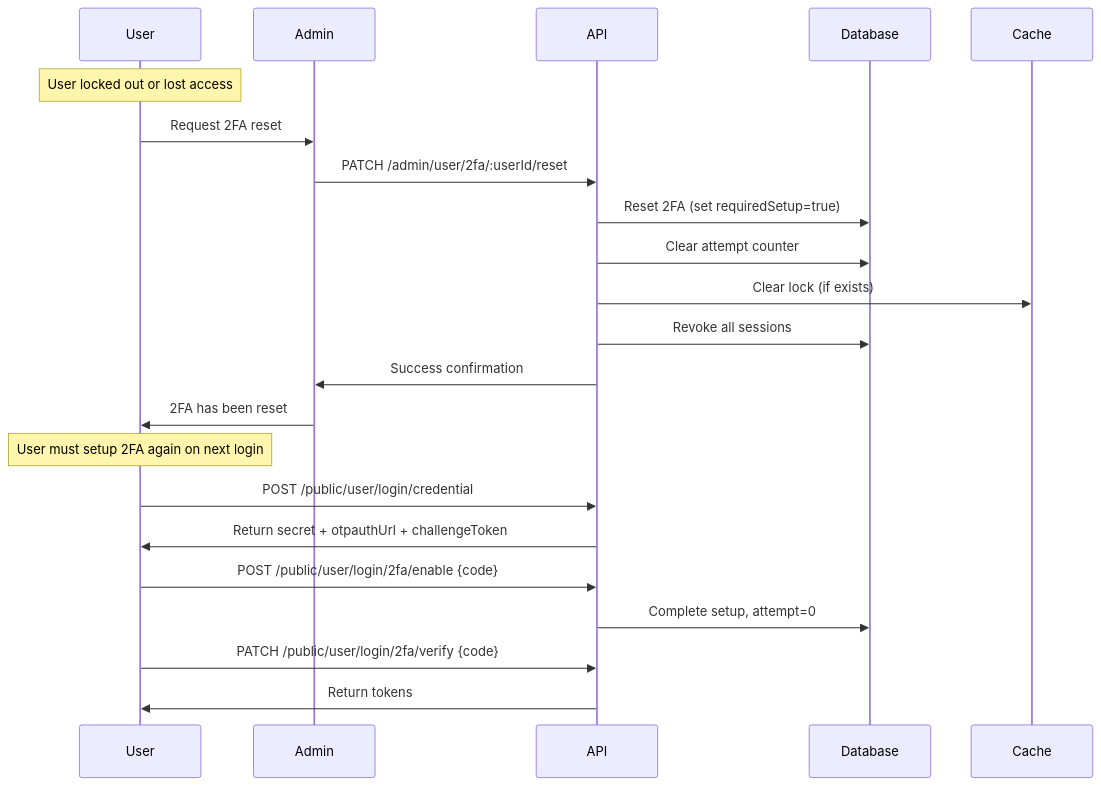
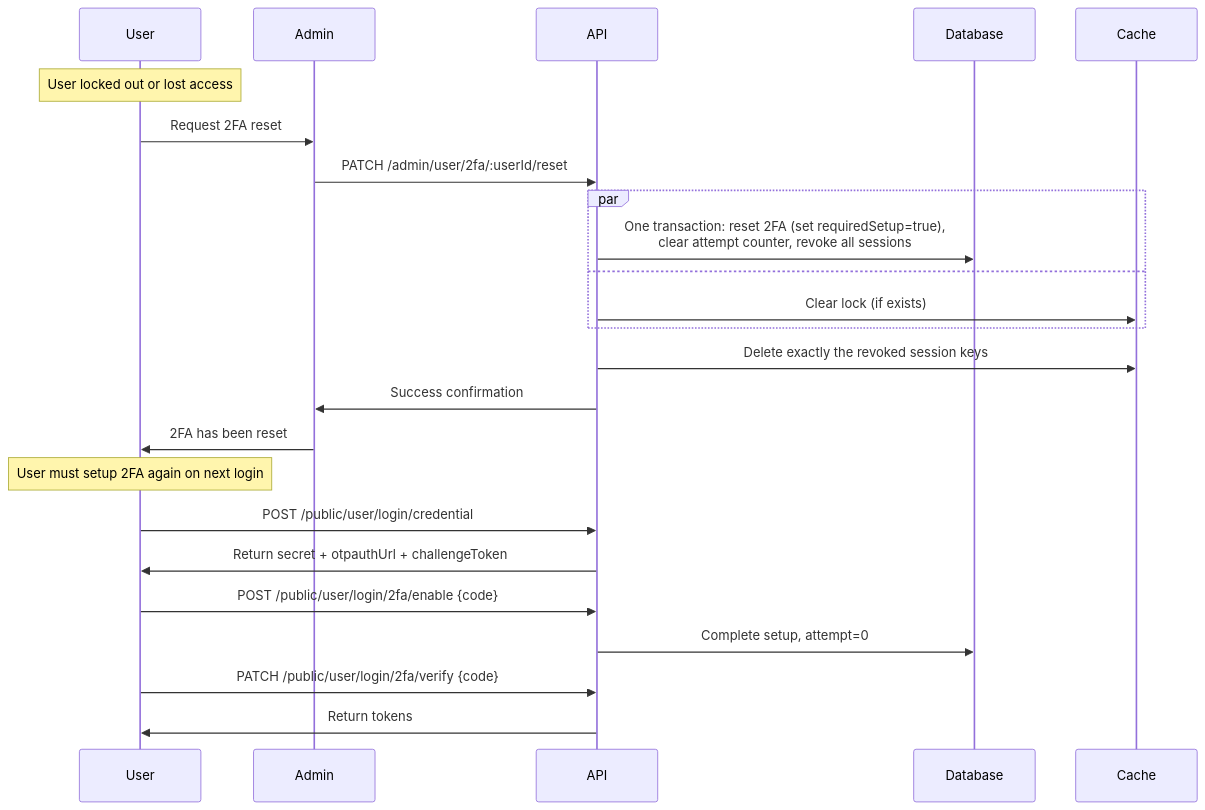
The sixth of 9 diagrams in docs/two-factor.md (andrechristikan/ack-nestjs-boilerplate), drawn with Mermaid before and after one commit. The commit also changed other lines of this file and 1013 other files, not shown here.

````diff
--- a/docs/two-factor.md
+++ b/docs/two-factor.md
@@ -361,28 +378,30 @@
 ```mermaid
 sequenceDiagram
     participant User
     participant Admin
     participant API
     participant Database
     participant Cache
 
     Note over User: User locked out or lost access
     User->>Admin: Request 2FA reset
     
     Admin->>API: PATCH /admin/user/2fa/:userId/reset
-    API->>Database: Reset 2FA (set requiredSetup=true)
-    API->>Database: Clear attempt counter
-    API->>Cache: Clear lock (if exists)
-    API->>Database: Revoke all sessions
+    par
+        API->>Database: One transaction: reset 2FA (set requiredSetup=true),<br/>clear attempt counter, revoke all sessions
+    and
+        API->>Cache: Clear lock (if exists)
+    end
+    API->>Cache: Delete exactly the revoked session keys
     API->>Admin: Success confirmation
     
     Admin->>User: 2FA has been reset
     
     Note over User: User must setup 2FA again on next login
     User->>API: POST /public/user/login/credential
     API->>User: Return secret + otpauthUrl + challengeToken
     User->>API: POST /public/user/login/2fa/enable {code}
     API->>Database: Complete setup, attempt=0
     User->>API: PATCH /public/user/login/2fa/verify {code}
     API->>User: Return tokens
 ```
````
